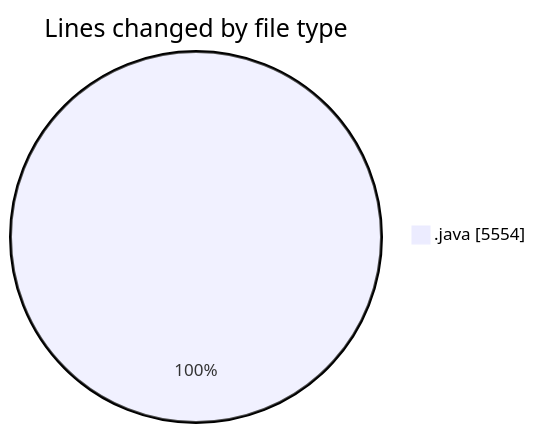
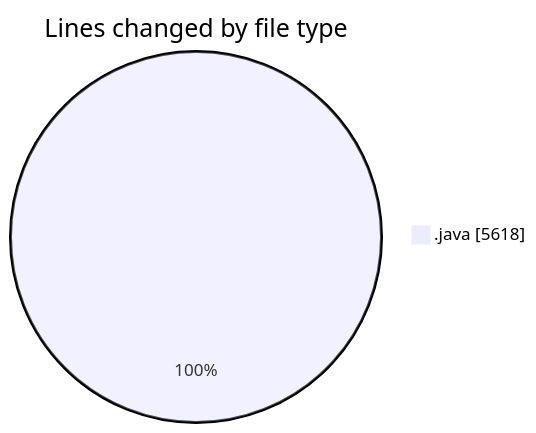
Before and after one commit to ricardozamudiocil/code-tracking: the first of 2 diagrams in 2026-04-14/cilapp/README.md, drawn with Mermaid. The commit also changed other lines of this file and 1 other file, not shown here.

````diff
--- a/2026-04-14/cilapp/README.md
+++ b/2026-04-14/cilapp/README.md
@@ -30,5 +30,5 @@
 ```mermaid
 pie showData
 title Lines changed by file type
-".java" : 5554
+".java" : 5618
 ```
````
